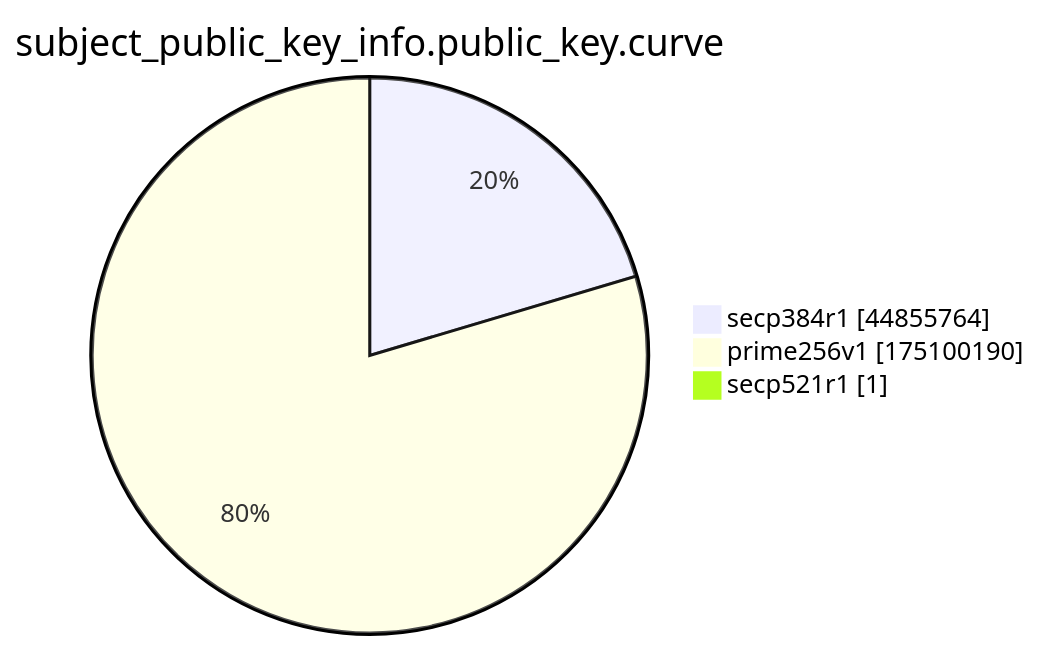
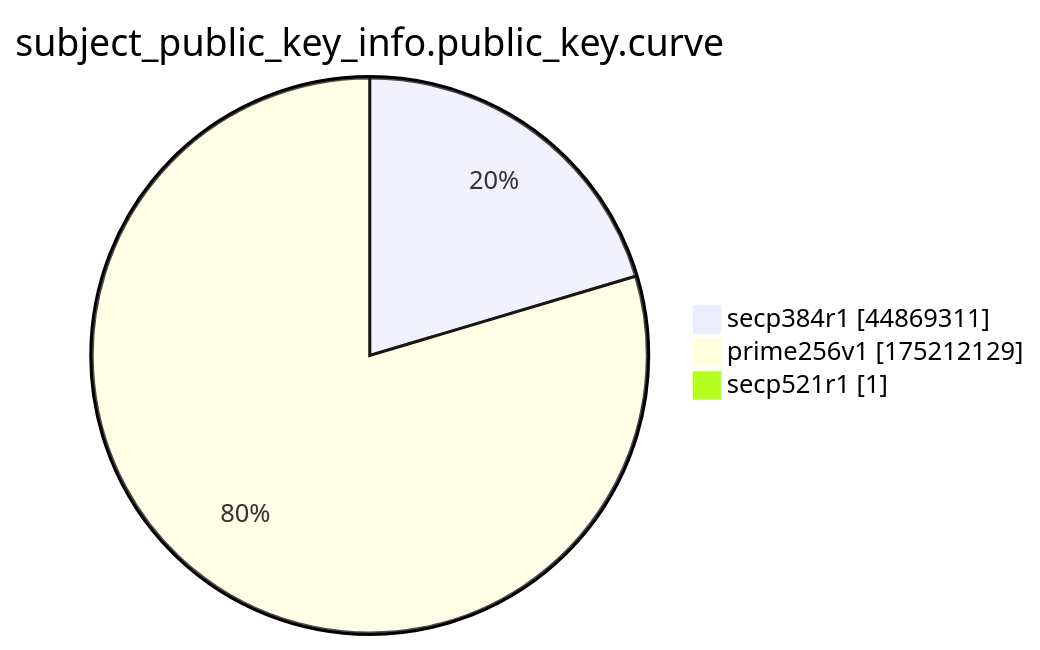
One commit to christiankrug/ctmonitor_visualization changed the ninth of 15 diagrams in xenon2022/README.md. Above: the diagram before and after it, drawn with Mermaid. The commit also changed other lines of this file, not shown here.

````diff
--- a/xenon2022/README.md
+++ b/xenon2022/README.md
@@ -2871,7 +2871,7 @@
 ```mermaid
 pie showData
 title subject_public_key_info.public_key.curve
-"secp384r1" :44855764
-"prime256v1" :175100190
+"secp384r1" :44869311
+"prime256v1" :175212129
 "secp521r1" :1
 ```
````
